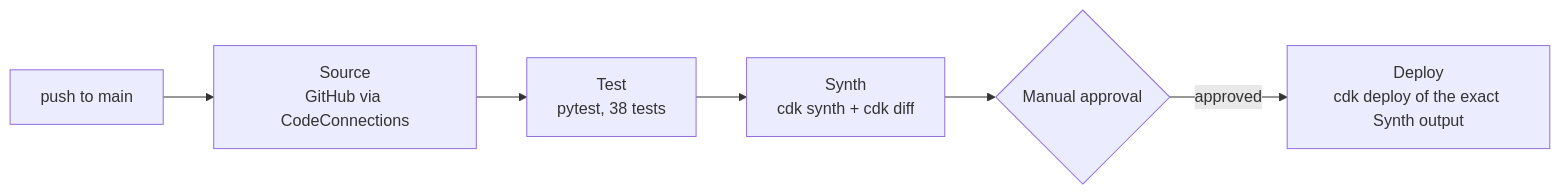
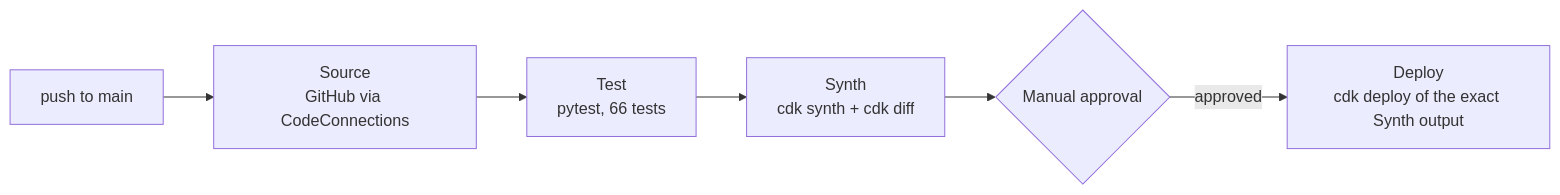
One commit to Jakedup7878/recipe-book changed the second of 2 diagrams in docs/architecture.md. Above: the diagram before and after it, drawn with Mermaid. The commit also changed other lines of this file and 9 other files, not shown here.

````diff
--- a/docs/architecture.md
+++ b/docs/architecture.md
@@ -159,8 +159,8 @@
 ```mermaid
 flowchart LR
   P[push to main] --> S[Source<br/>GitHub via CodeConnections]
-  S --> T[Test<br/>pytest, 38 tests]
+  S --> T[Test<br/>pytest, 66 tests]
   T --> Y[Synth<br/>cdk synth + cdk diff]
   Y --> A{Manual approval}
   A -->|approved| D[Deploy<br/>cdk deploy of the exact Synth output]
 ```
````
